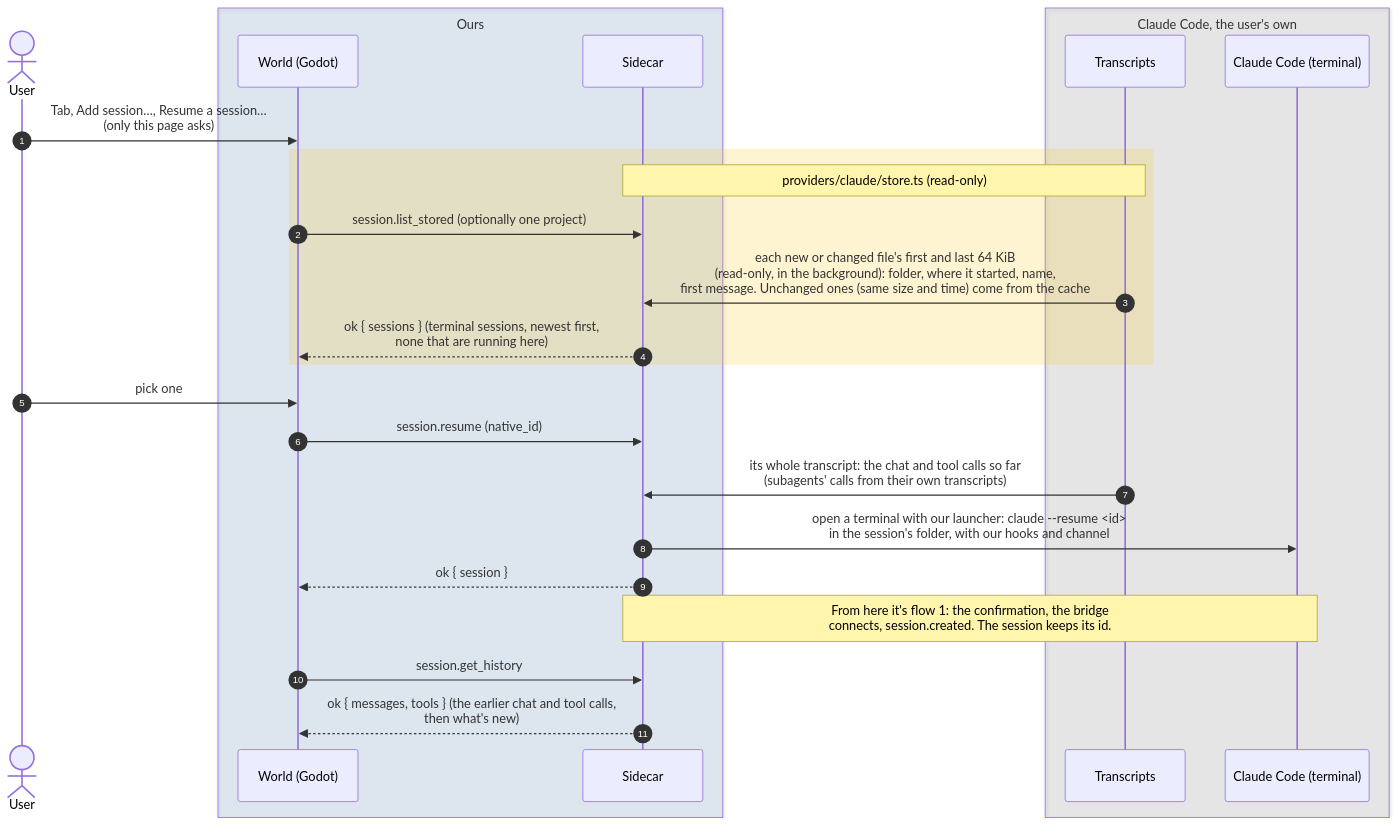
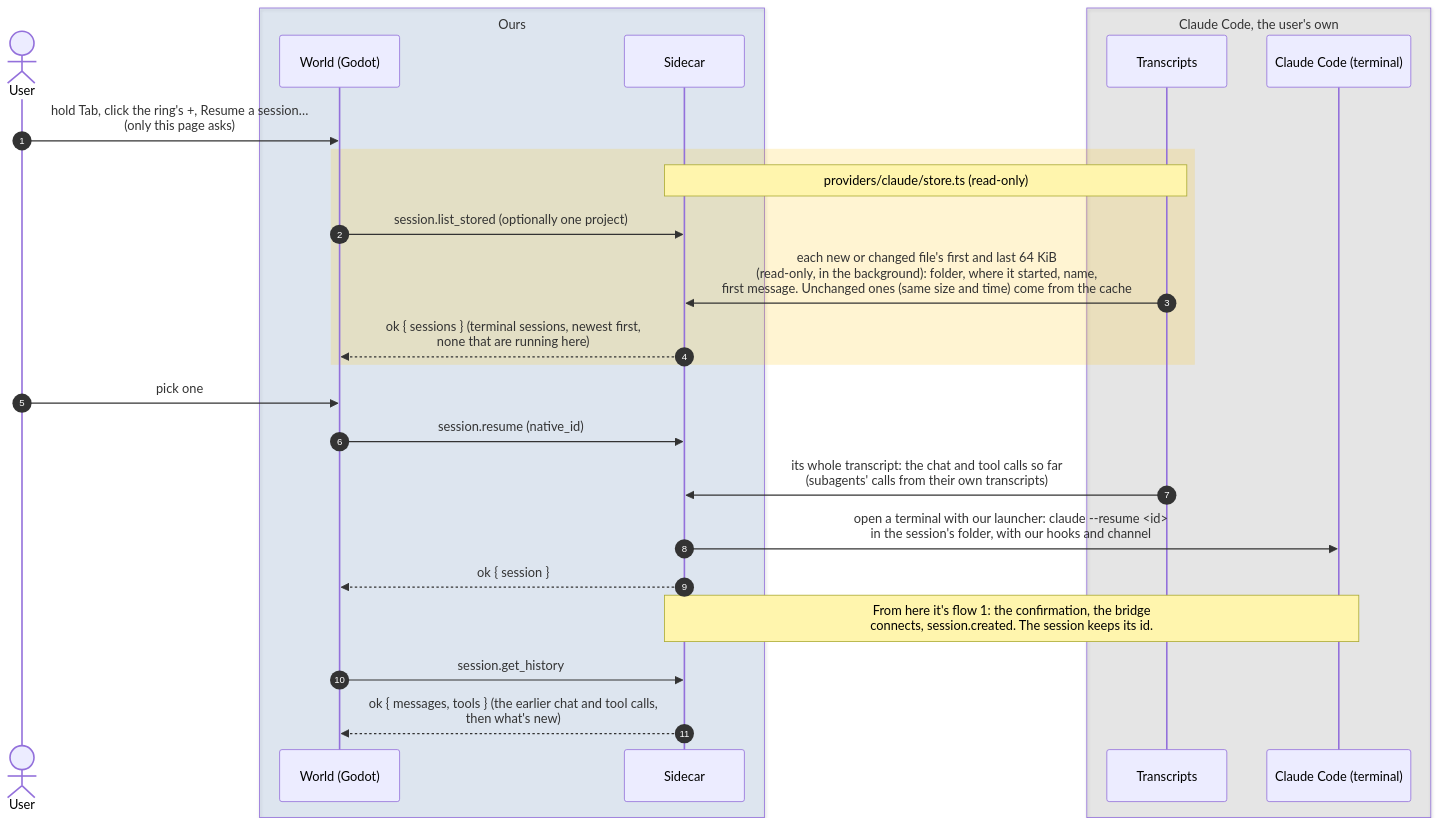
One commit to PaoloPortugal/The-Beach changed the diagram in docs/diagrams/sequence/08-resume-stored-session.md. Above: the diagram before and after it, drawn with Mermaid. The commit also changed 7 other files, not shown here.

Commit message:
Docs: W07, S03 sessions ring built (NOTES, index, GUIDE, flows 1 and 8, CREDITS, dev log, live check, Current focus)

````diff
--- a/docs/diagrams/sequence/08-resume-stored-session.md
+++ b/docs/diagrams/sequence/08-resume-stored-session.md
@@ -7,31 +7,31 @@
 ```mermaid
 sequenceDiagram
     autonumber
     actor User
 
     box rgba(47,111,191,0.12) Ours
         participant World as World (Godot)
         participant Sidecar
     end
 
     box rgba(128,128,128,0.14) Claude Code, the user's own
         participant Store as Transcripts
         participant Claude as Claude Code (terminal)
     end
 
-    User->>World: Tab, Add session…, Resume a session…<br/>(only this page asks)
+    User->>World: hold Tab, click the ring's +, Resume a session…<br/>(only this page asks)
     rect rgba(255,193,7,0.18)
         Note over Sidecar,Store: providers/claude/store.ts (read-only)
         World->>Sidecar: session.list_stored (optionally one project)
         Store->>Sidecar: each new or changed file's first and last 64 KiB<br/>(read-only, in the background): folder, where it started, name,<br/>first message. Unchanged ones (same size and time) come from the cache
         Sidecar-->>World: ok { sessions } (terminal sessions, newest first,<br/>none that are running here)
     end
     User->>World: pick one
     World->>Sidecar: session.resume (native_id)
     Store->>Sidecar: its whole transcript: the chat and tool calls so far<br/>(subagents' calls from their own transcripts)
     Sidecar->>Claude: open a terminal with our launcher: claude --resume <id><br/>in the session's folder, with our hooks and channel
     Sidecar-->>World: ok { session }
     Note over Claude,Sidecar: From here it's flow 1: the confirmation, the bridge<br/>connects, session.created. The session keeps its id.
     World->>Sidecar: session.get_history
     Sidecar-->>World: ok { messages, tools } (the earlier chat and tool calls,<br/>then what's new)
 ```
````
